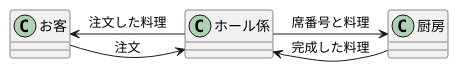
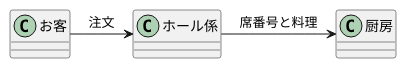
The diagram in Kadai3.md (Aso2001399/2021sys-design), drawn with PlantUML before and after one commit.

````diff
--- a/Kadai3.md
+++ b/Kadai3.md
@@ -1,8 +1,6 @@
 ```uml
 @startuml
 お客 -> ホール係: 注文
 ホール係 => 厨房:席番号と料理
-厨房 --> ホール係:完成した料理
-ホール係 --> お客:注文した料理 
 @enduml
 ```
````
